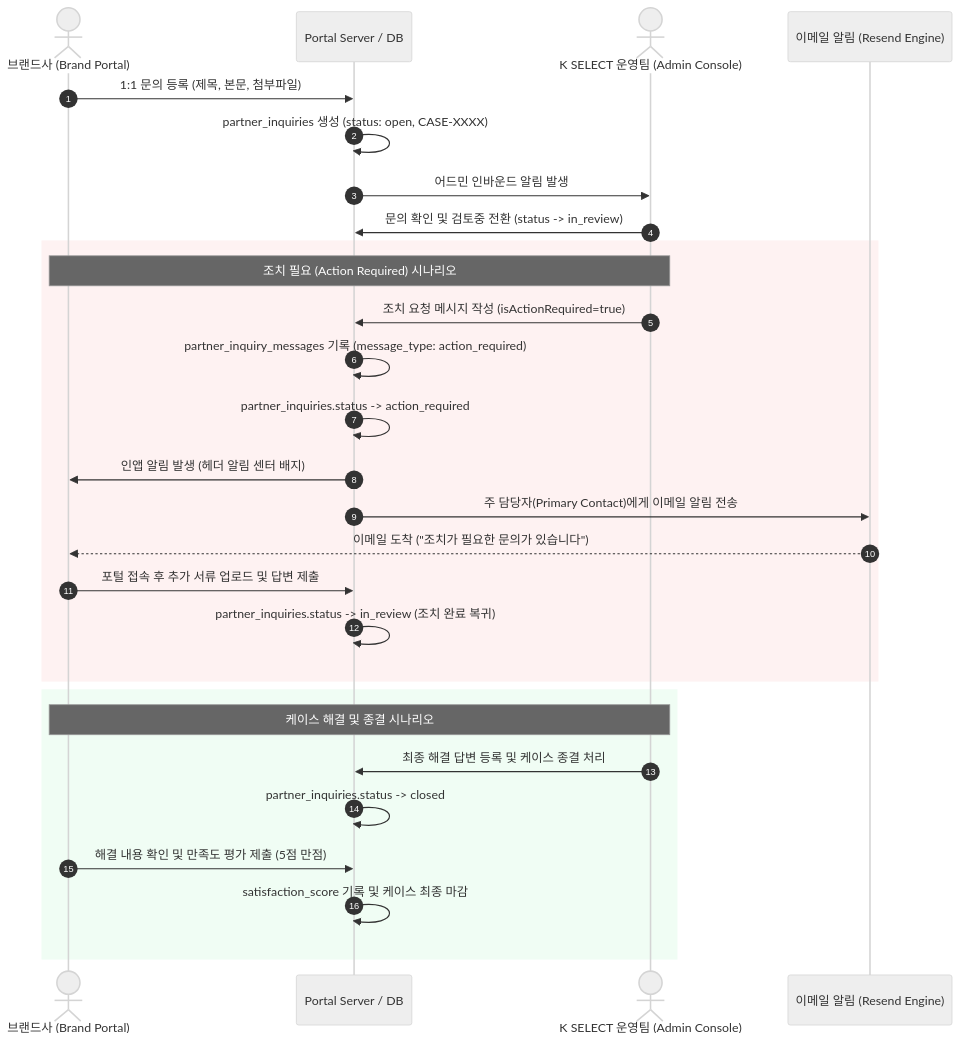
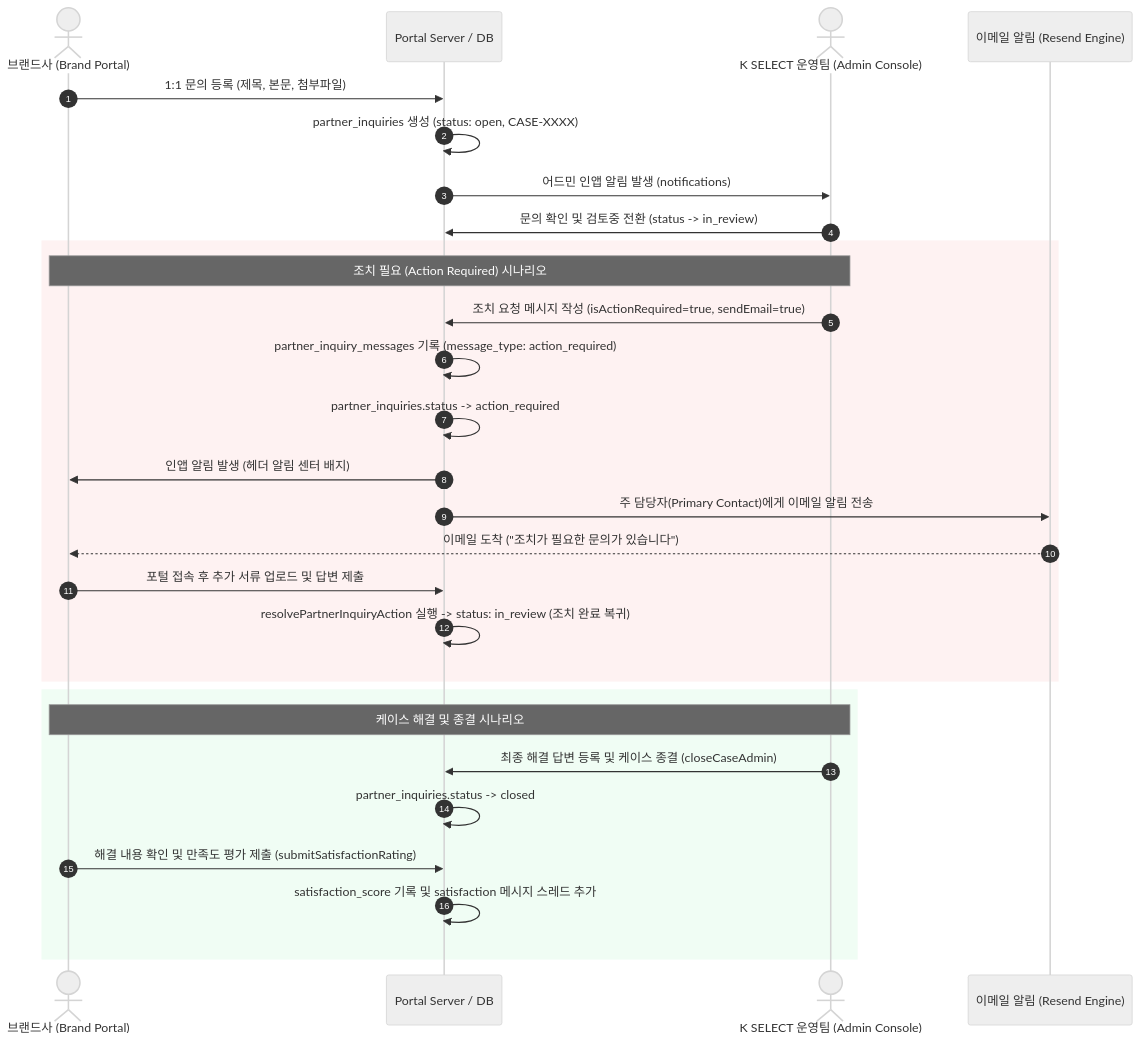
Before and after one commit to chaehahm-Kr/KBGP-Portal: the third of 7 diagrams in Manuals/MAN-B-TASK-001_Task-Communication/01_SOURCE/MAN-B-TASK-001_Workflow_Map.md, drawn with Mermaid (neutral theme). The commit also changed other lines of this file and 3 other files, not shown here.

````diff
--- a/Manuals/MAN-B-TASK-001_Task-Communication/01_SOURCE/MAN-B-TASK-001_Workflow_Map.md
+++ b/Manuals/MAN-B-TASK-001_Task-Communication/01_SOURCE/MAN-B-TASK-001_Workflow_Map.md
@@ -102,33 +102,33 @@
 ```mermaid
 sequenceDiagram
     autonumber
     actor Brand as 브랜드사 (Brand Portal)
     participant Portal as Portal Server / DB
     actor Admin as K SELECT 운영팀 (Admin Console)
     participant Resend as 이메일 알림 (Resend Engine)
 
     Brand->>Portal: 1:1 문의 등록 (제목, 본문, 첨부파일)
     Portal->>Portal: partner_inquiries 생성 (status: open, CASE-XXXX)
-    Portal->>Admin: 어드민 인바운드 알림 발생
+    Portal->>Admin: 어드민 인앱 알림 발생 (notifications)
     Admin->>Portal: 문의 확인 및 검토중 전환 (status -> in_review)
     
     rect rgb(254, 242, 242)
         Note over Admin, Brand: 조치 필요 (Action Required) 시나리오
-        Admin->>Portal: 조치 요청 메시지 작성 (isActionRequired=true)
+        Admin->>Portal: 조치 요청 메시지 작성 (isActionRequired=true, sendEmail=true)
         Portal->>Portal: partner_inquiry_messages 기록 (message_type: action_required)
         Portal->>Portal: partner_inquiries.status -> action_required
         Portal->>Brand: 인앱 알림 발생 (헤더 알림 센터 배지)
         Portal->>Resend: 주 담당자(Primary Contact)에게 이메일 알림 전송
         Resend-->>Brand: 이메일 도착 ("조치가 필요한 문의가 있습니다")
         Brand->>Portal: 포털 접속 후 추가 서류 업로드 및 답변 제출
-        Portal->>Portal: partner_inquiries.status -> in_review (조치 완료 복귀)
+        Portal->>Portal: resolvePartnerInquiryAction 실행 -> status: in_review (조치 완료 복귀)
     end
 
     rect rgb(240, 253, 244)
         Note over Admin, Brand: 케이스 해결 및 종결 시나리오
-        Admin->>Portal: 최종 해결 답변 등록 및 케이스 종결 처리
+        Admin->>Portal: 최종 해결 답변 등록 및 케이스 종결 (closeCaseAdmin)
         Portal->>Portal: partner_inquiries.status -> closed
-        Brand->>Portal: 해결 내용 확인 및 만족도 평가 제출 (5점 만점)
-        Portal->>Portal: satisfaction_score 기록 및 케이스 최종 마감
+        Brand->>Portal: 해결 내용 확인 및 만족도 평가 제출 (submitSatisfactionRating)
+        Portal->>Portal: satisfaction_score 기록 및 satisfaction 메시지 스레드 추가
     end
 ```
````
